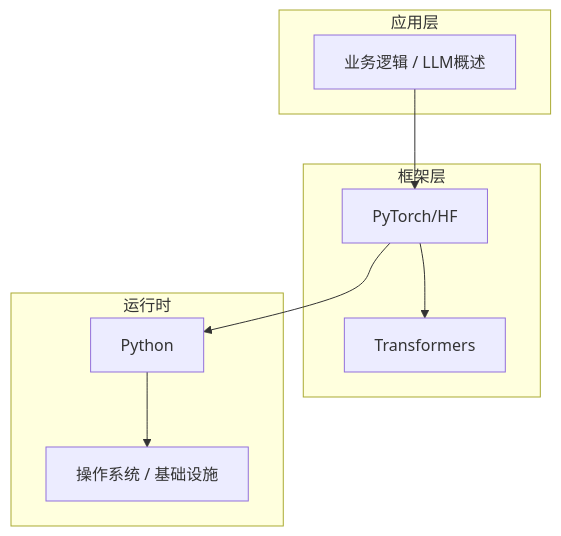
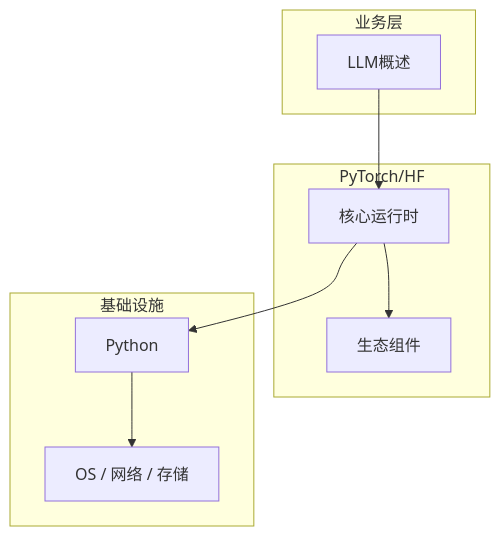
One commit to yanggan2015/knowledge-json-v2 changed the diagram in articles/大语言模型/chapters/001-LLM概述核心概念与原理.md. Above: the diagram before and after it, drawn with Mermaid. The commit also changed other lines of this file and 10127 other files, not shown here.

````diff
--- a/articles/大语言模型/chapters/001-LLM概述核心概念与原理.md
+++ b/articles/大语言模型/chapters/001-LLM概述核心概念与原理.md
@@ -45,18 +30,18 @@
 ```mermaid
 graph TB
-    subgraph 应用层
-        A[业务逻辑 / LLM概述]
+    subgraph 业务层
+        A[LLM概述]
     end
-    subgraph 框架层
-        B[PyTorch/HF]
-        C[Transformers]
+    subgraph PyTorch/HF
+        B[核心运行时]
+        C[生态组件]
     end
-    subgraph 运行时
+    subgraph 基础设施
         D[Python]
-        E[操作系统 / 基础设施]
+        E[OS / 网络 / 存储]
     end
     A --> B
     B --> C
     B --> D
     D --> E
 ```
````
